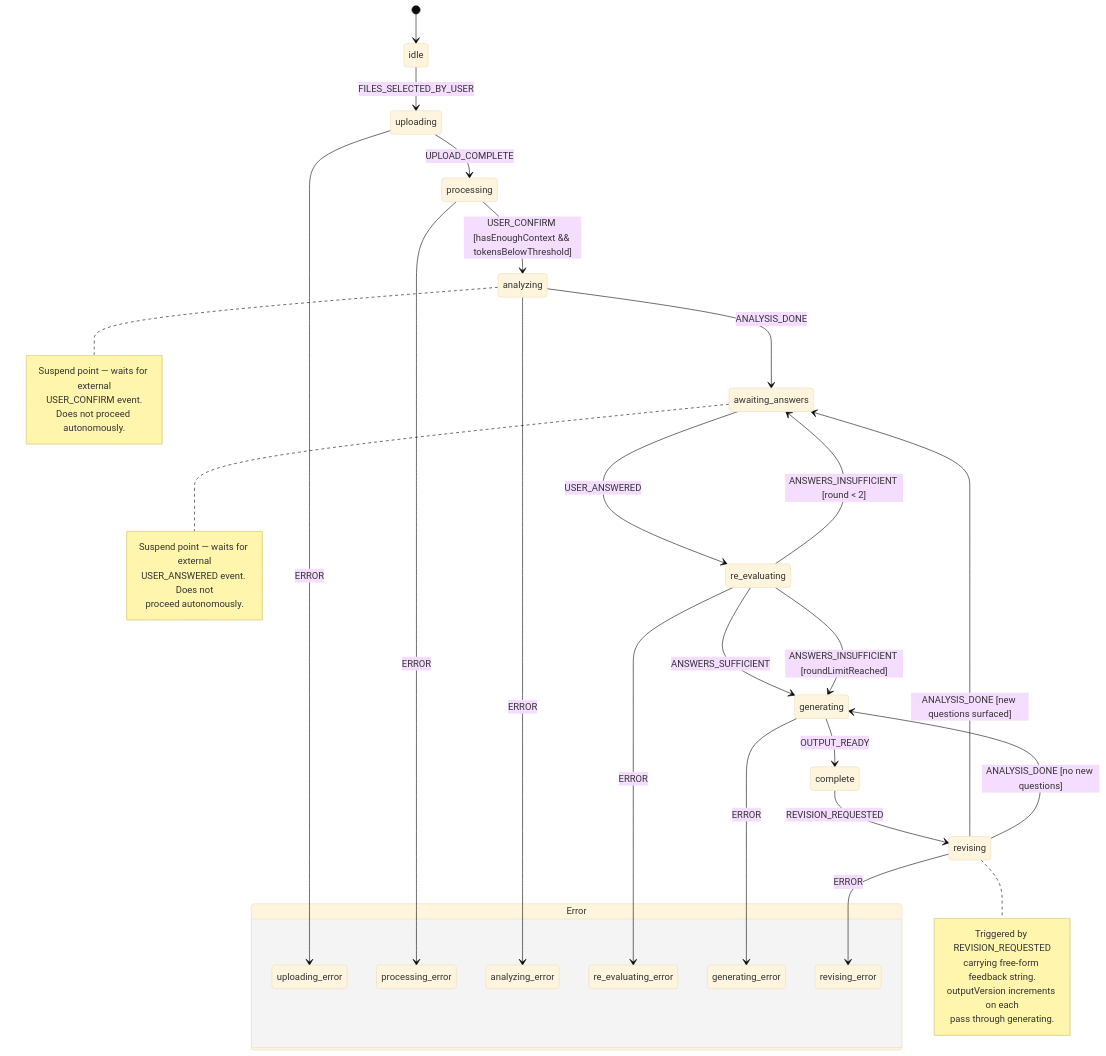
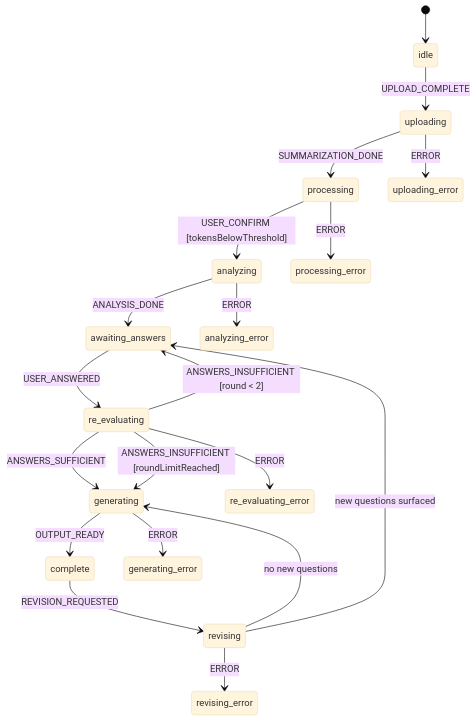
The diagram in README.md (piotr-m-jurek/shipwright), drawn with Mermaid (base theme) before and after one commit. The commit also changed other lines of this file and 12 other files, not shown here.

````diff
--- a/README.md
+++ b/README.md
@@ -35,50 +92,22 @@
 ```mermaid
 stateDiagram-v2
     [*] --> idle
-    idle --> uploading: FILES_SELECTED_BY_USER
-    uploading --> processing: UPLOAD_COMPLETE
+    idle --> uploading: UPLOAD_COMPLETE
+    uploading --> processing: SUMMARIZATION_DONE
     uploading --> uploading_error: ERROR
-    processing --> analyzing: USER_CONFIRM [hasEnoughContext && tokensBelowThreshold]
+    processing --> analyzing: USER_CONFIRM [tokensBelowThreshold]
     processing --> processing_error: ERROR
     analyzing --> awaiting_answers: ANALYSIS_DONE
     analyzing --> analyzing_error: ERROR
     awaiting_answers --> re_evaluating: USER_ANSWERED
     re_evaluating --> awaiting_answers: ANSWERS_INSUFFICIENT [round < 2]
     re_evaluating --> generating: ANSWERS_SUFFICIENT
     re_evaluating --> generating: ANSWERS_INSUFFICIENT [roundLimitReached]
     re_evaluating --> re_evaluating_error: ERROR
     generating --> complete: OUTPUT_READY
     generating --> generating_error: ERROR
     complete --> revising: REVISION_REQUESTED
-    revising --> awaiting_answers: ANALYSIS_DONE [new questions surfaced]
-    revising --> generating: ANALYSIS_DONE [no new questions]
+    revising --> generating: no new questions
+    revising --> awaiting_answers: new questions surfaced
     revising --> revising_error: ERROR
-
-    state Error {
-        uploading_error
-        processing_error
-        analyzing_error
-        re_evaluating_error
-        generating_error
-        revising_error
-    }
-
-    note right of analyzing
-        Suspend point — waits for external
-        USER_CONFIRM event.
-        Does not proceed autonomously.
-    end note
-
-    note right of awaiting_answers
-        Suspend point — waits for external
-        USER_ANSWERED event. Does not
-        proceed autonomously.
-    end note
-
-    note right of revising
-        Triggered by REVISION_REQUESTED
-        carrying free-form feedback string.
-        outputVersion increments on each
-        pass through generating.
-    end note
 ```
````
